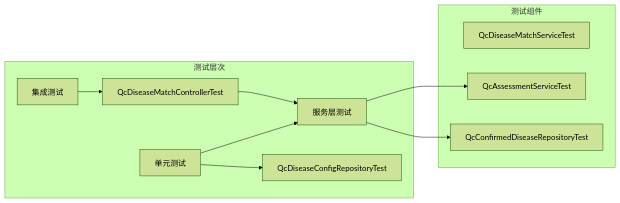
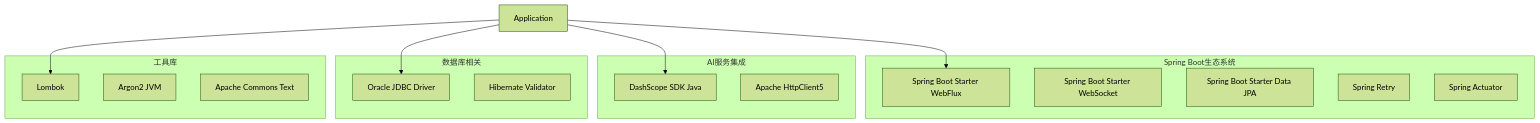
The sixth of 6 diagrams in .qoder/repowiki/zh/content/QC病种匹配系统.md (liuzh2008/med_ai_assistant_workspace), drawn with Mermaid (forest theme) before and after one commit. The commit also changed other lines of this file and 5 other files, not shown here.

````diff
--- a/.qoder/repowiki/zh/content/QC病种匹配系统.md
+++ b/.qoder/repowiki/zh/content/QC病种匹配系统.md
@@ -531,23 +279,27 @@
 ```mermaid
-graph LR
-subgraph "测试层次"
-UnitTest[单元测试]
-IntegrationTest[集成测试]
-ControllerTest[控制器测试]
-ServiceTest[服务层测试]
-RepositoryTest[数据访问层测试]
+graph TB
+subgraph "Spring Boot生态系统"
+A[Spring Boot Starter WebFlux]
+B[Spring Boot Starter WebSocket]
+C[Spring Boot Starter Data JPA]
+D[Spring Retry]
+E[Spring Actuator]
 end
-subgraph "测试组件"
-DiseaseMatchServiceTest[QcDiseaseMatchServiceTest]
-AssessmentServiceTest[QcAssessmentServiceTest]
-ConfirmedDiseaseRepositoryTest[QcConfirmedDiseaseRepositoryTest]
-ControllerTest[QcDiseaseMatchControllerTest]
-RepositoryTest[QcDiseaseConfigRepositoryTest]
+subgraph "AI服务集成"
+F[DashScope SDK Java]
+G[Apache HttpClient5]
 end
-UnitTest --> ServiceTest
-UnitTest --> RepositoryTest
-IntegrationTest --> ControllerTest
-ControllerTest --> ServiceTest
-ServiceTest --> AssessmentServiceTest
-ServiceTest --> ConfirmedDiseaseRepositoryTest
+subgraph "数据库相关"
+H[Oracle JDBC Driver]
+I[Hibernate Validator]
+end
+subgraph "工具库"
+J[Lombok]
+K[Argon2 JVM]
+L[Apache Commons Text]
+end
+Application --> A
+Application --> F
+Application --> H
+Application --> J
 ```
````
